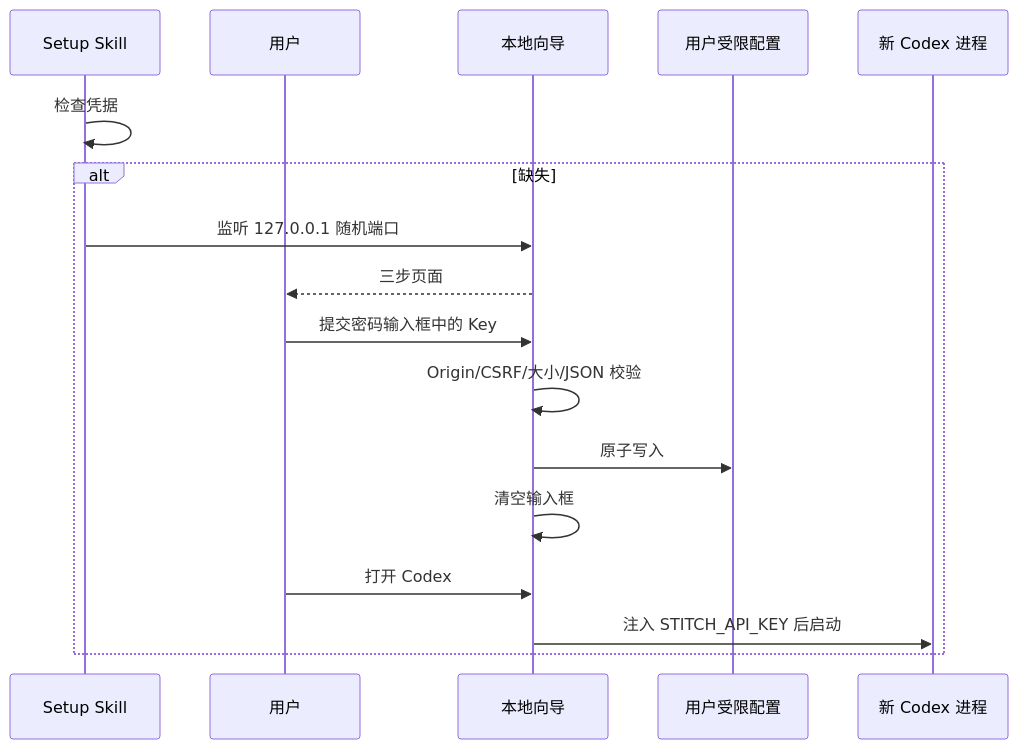
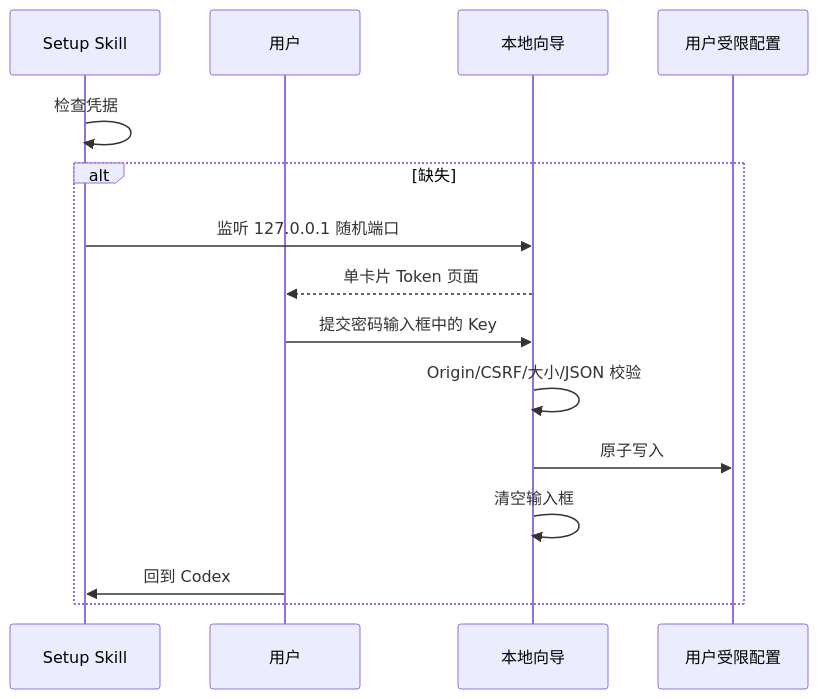
The first of 6 diagrams in docs/Stitch-Design-Technical-Solution.zh_CN.md (full-stack-plugins/stitch-design-plugin), drawn with Mermaid before and after one commit. The commit also changed 13 other files, not shown here.

Commit message:
feat: refine Stitch token setup experience

````diff
--- a/docs/Stitch-Design-Technical-Solution.zh_CN.md
+++ b/docs/Stitch-Design-Technical-Solution.zh_CN.md
@@ -41,19 +41,17 @@
 ```mermaid
 sequenceDiagram
     participant S as Setup Skill
     participant U as 用户
     participant L as 本地向导
     participant F as 用户受限配置
-    participant C as 新 Codex 进程
     S->>S: 检查凭据
     alt 缺失
       S->>L: 监听 127.0.0.1 随机端口
-      L-->>U: 三步页面
+      L-->>U: 单卡片 Token 页面
       U->>L: 提交密码输入框中的 Key
       L->>L: Origin/CSRF/大小/JSON 校验
       L->>F: 原子写入
       L->>L: 清空输入框
-      U->>L: 打开 Codex
-      L->>C: 注入 STITCH_API_KEY 后启动
+      U->>S: 回到 Codex
     end
 ```
````
